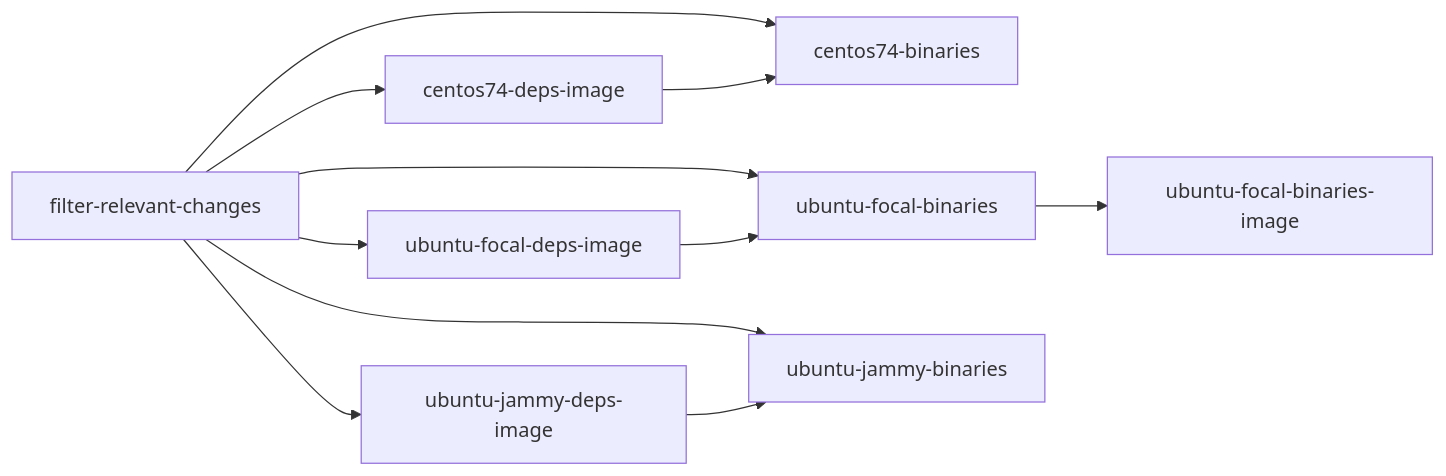
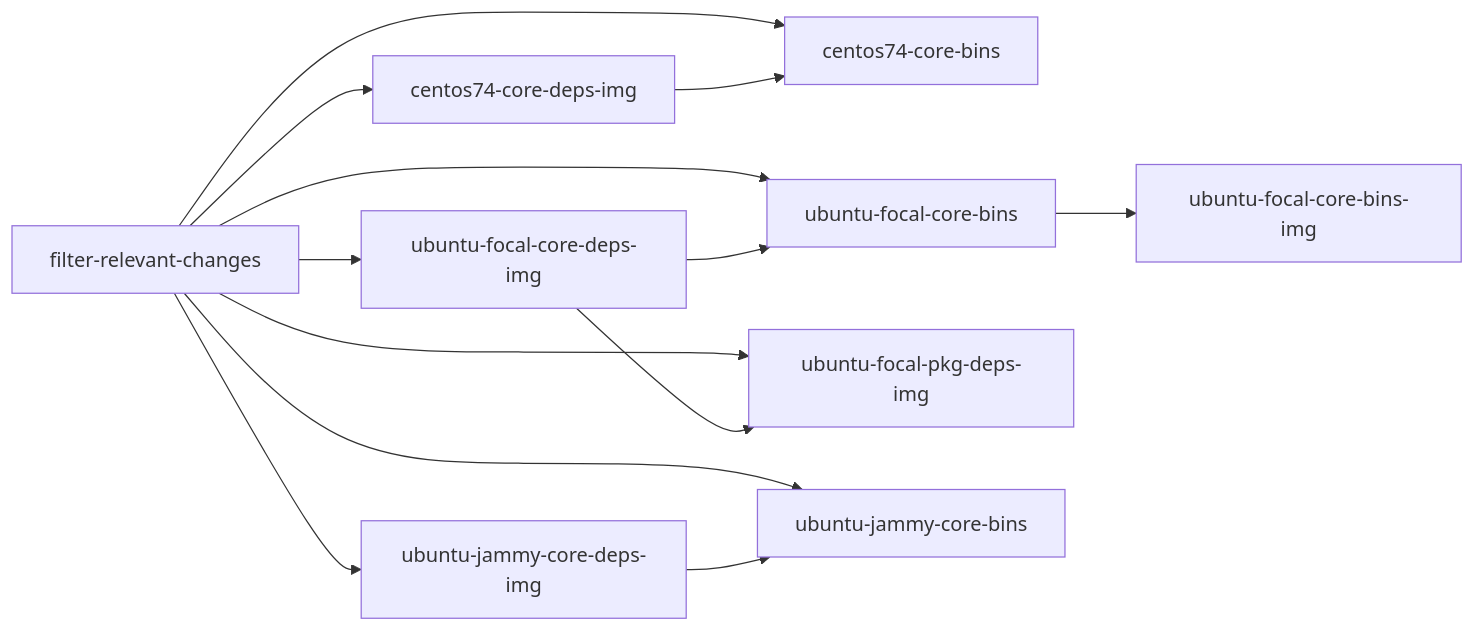
One commit to kirkrodrigues/clp changed the diagram in docs/gh-workflows.md. Above: the diagram before and after it, drawn with Mermaid. The commit also changed other lines of this file, not shown here.

````diff
--- a/docs/gh-workflows.md
+++ b/docs/gh-workflows.md
@@ -16,13 +16,15 @@
 ```mermaid
 flowchart LR
-    filter-relevant-changes --> centos74-deps-image
-    filter-relevant-changes --> ubuntu-focal-deps-image
-    filter-relevant-changes --> ubuntu-jammy-deps-image
-    filter-relevant-changes --> centos74-binaries
-    filter-relevant-changes --> ubuntu-focal-binaries
-    filter-relevant-changes --> ubuntu-jammy-binaries
-    centos74-deps-image --> centos74-binaries
-    ubuntu-focal-deps-image --> ubuntu-focal-binaries
-    ubuntu-jammy-deps-image --> ubuntu-jammy-binaries
-    ubuntu-focal-binaries --> ubuntu-focal-binaries-image
+    filter-relevant-changes --> centos74-core-deps-img
+    filter-relevant-changes --> ubuntu-focal-core-deps-img
+    filter-relevant-changes --> ubuntu-jammy-core-deps-img
+    filter-relevant-changes --> centos74-core-bins
+    filter-relevant-changes --> ubuntu-focal-core-bins
+    filter-relevant-changes --> ubuntu-focal-pkg-deps-img
+    filter-relevant-changes --> ubuntu-jammy-core-bins
+    centos74-core-deps-img --> centos74-core-bins
+    ubuntu-focal-core-deps-img --> ubuntu-focal-core-bins
+    ubuntu-jammy-core-deps-img --> ubuntu-jammy-core-bins
+    ubuntu-focal-core-bins --> ubuntu-focal-core-bins-img
+    ubuntu-focal-core-deps-img --> ubuntu-focal-pkg-deps-img
 ```
````
